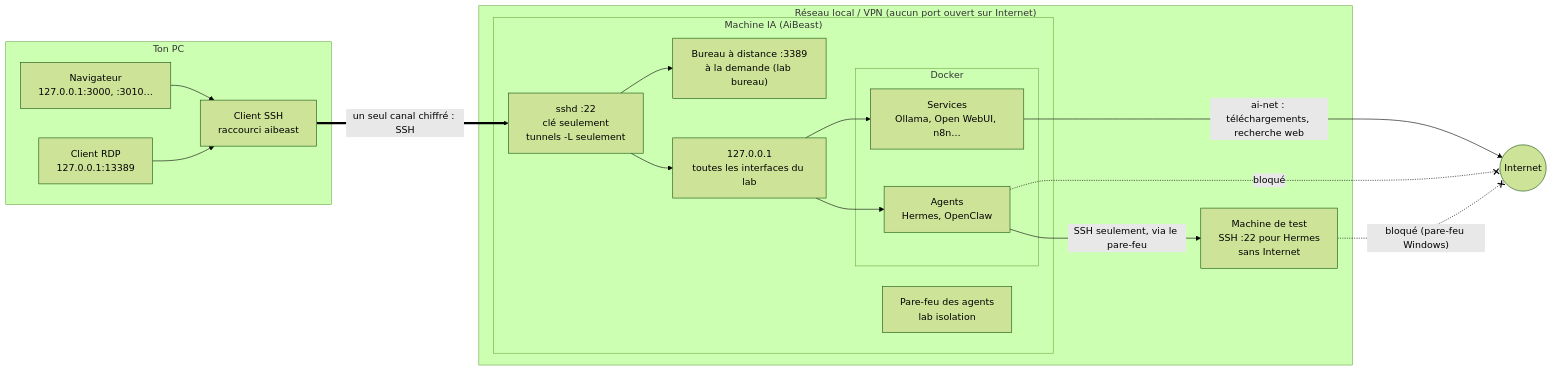
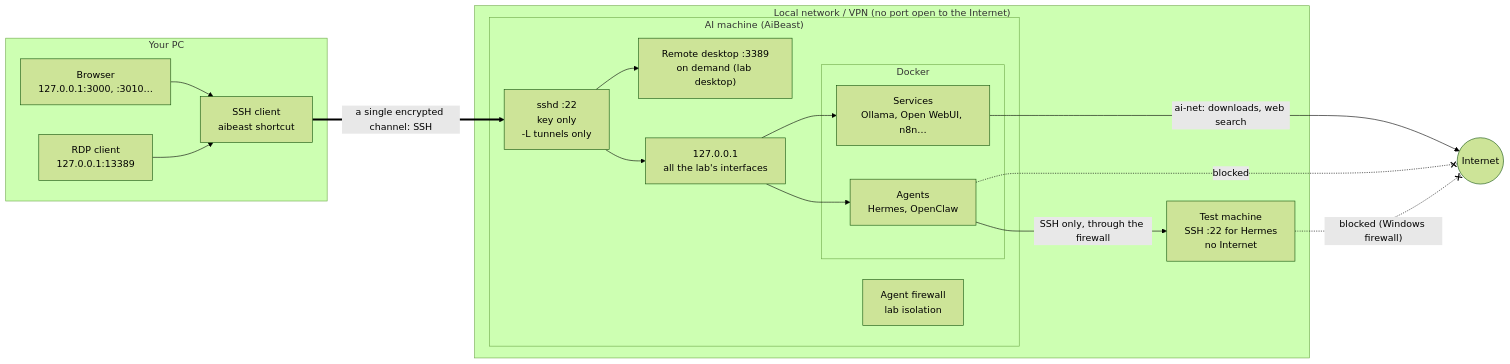
Before and after one commit to Mateo-lab/local-ai-lab: the first of 5 diagrams in docs/security-architecture.md, drawn with Mermaid (forest theme). The commit also changed other lines of this file and 1 other file, not shown here.

First line of the commit message:
docs: translate security-architecture, remote-access

````diff
--- a/docs/security-architecture.md
+++ b/docs/security-architecture.md
@@ -28,36 +27,36 @@
 ```mermaid
 flowchart LR
-    subgraph PC["Ton PC"]
-        NAV["Navigateur<br/>127.0.0.1:3000, :3010…"]
-        RDPC["Client RDP<br/>127.0.0.1:13389"]
-        SSHC["Client SSH<br/>raccourci aibeast"]
+    subgraph PC["Your PC"]
+        NAV["Browser<br/>127.0.0.1:3000, :3010…"]
+        RDPC["RDP client<br/>127.0.0.1:13389"]
+        SSHC["SSH client<br/>aibeast shortcut"]
     end
 
     INTERNET(("Internet"))
 
-    subgraph LAN["Réseau local / VPN (aucun port ouvert sur Internet)"]
-        subgraph IA["Machine IA (AiBeast)"]
-            SSHD["sshd :22<br/>clé seulement<br/>tunnels -L seulement"]
-            GRD["Bureau à distance :3389<br/>à la demande (lab bureau)"]
-            LO["127.0.0.1<br/>toutes les interfaces du lab"]
-            FW["Pare-feu des agents<br/>lab isolation"]
+    subgraph LAN["Local network / VPN (no port open to the Internet)"]
+        subgraph IA["AI machine (AiBeast)"]
+            SSHD["sshd :22<br/>key only<br/>-L tunnels only"]
+            GRD["Remote desktop :3389<br/>on demand (lab desktop)"]
+            LO["127.0.0.1<br/>all the lab's interfaces"]
+            FW["Agent firewall<br/>lab isolation"]
             subgraph DOCKER["Docker"]
                 SVC["Services<br/>Ollama, Open WebUI, n8n…"]
                 AG["Agents<br/>Hermes, OpenClaw"]
             end
         end
-        TEST["Machine de test<br/>SSH :22 pour Hermes<br/>sans Internet"]
+        TEST["Test machine<br/>SSH :22 for Hermes<br/>no Internet"]
     end
 
     NAV --> SSHC
     RDPC --> SSHC
-    SSHC == "un seul canal chiffré : SSH" ==> SSHD
+    SSHC == "a single encrypted channel: SSH" ==> SSHD
     SSHD --> LO
     SSHD --> GRD
     LO --> SVC
     LO --> AG
-    SVC -- "ai-net : téléchargements, recherche web" --> INTERNET
-    AG -. "bloqué" .-x INTERNET
-    AG -- "SSH seulement, via le pare-feu" --> TEST
-    TEST -. "bloqué (pare-feu Windows)" .-x INTERNET
+    SVC -- "ai-net: downloads, web search" --> INTERNET
+    AG -. "blocked" .-x INTERNET
+    AG -- "SSH only, through the firewall" --> TEST
+    TEST -. "blocked (Windows firewall)" .-x INTERNET
 ```
````
